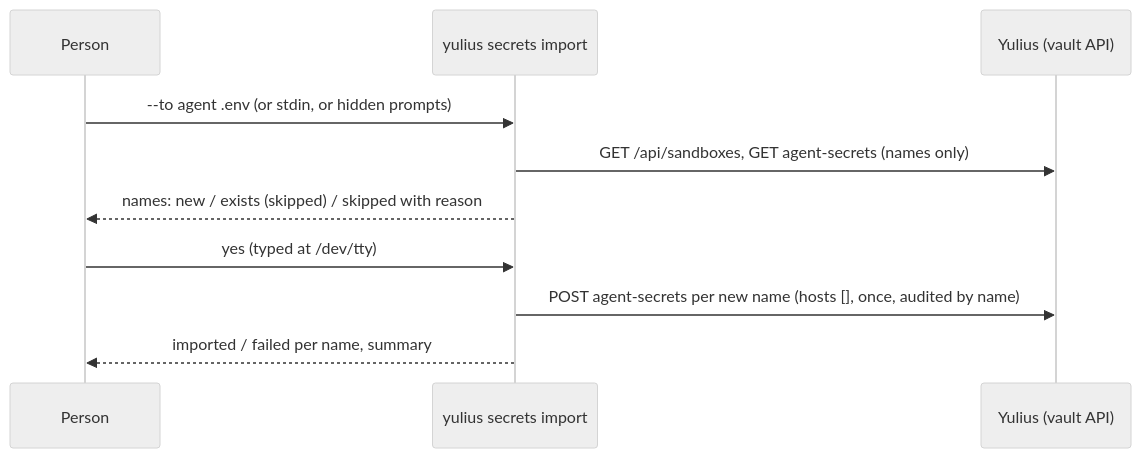
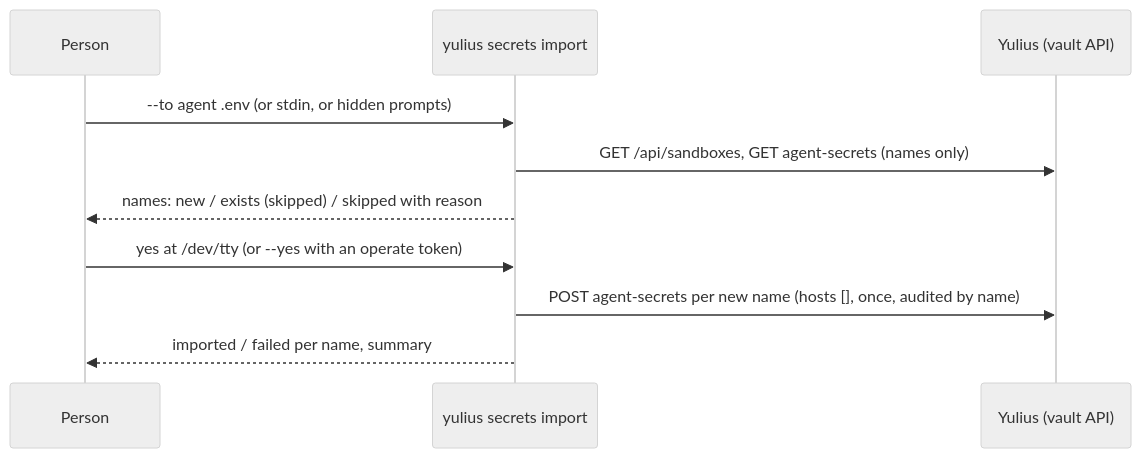
One commit to Quartio-Studio/yulius changed diagram 24 of 54 in docs/architecture.md. Above: the diagram before and after it, drawn with Mermaid (neutral theme). The commit also changed other lines of this file and 12 other files, not shown here.

````diff
--- a/docs/architecture.md
+++ b/docs/architecture.md
@@ -930,12 +932,12 @@
 ```mermaid
 sequenceDiagram
     participant P as Person
     participant C as yulius secrets import
     participant App as Yulius (vault API)
     P->>C: --to agent .env (or stdin, or hidden prompts)
     C->>App: GET /api/sandboxes, GET agent-secrets (names only)
     C-->>P: names: new / exists (skipped) / skipped with reason
-    P->>C: yes (typed at /dev/tty)
+    P->>C: yes at /dev/tty (or --yes with an operate token)
     C->>App: POST agent-secrets per new name (hosts [], once, audited by name)
     C-->>P: imported / failed per name, summary
 ```
````
